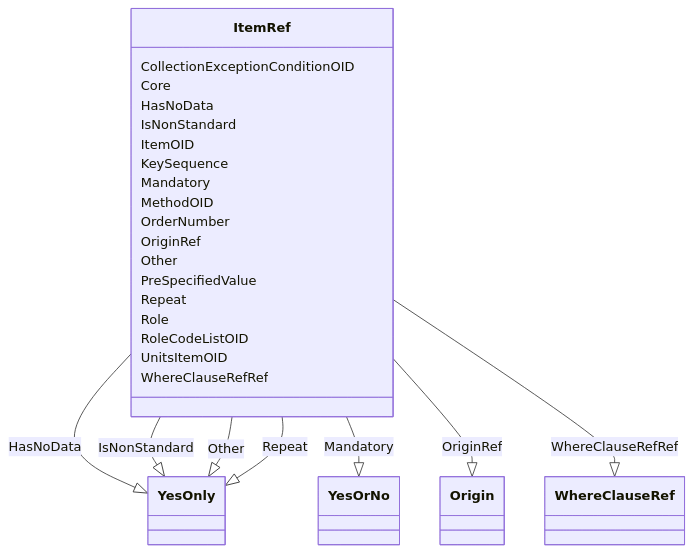
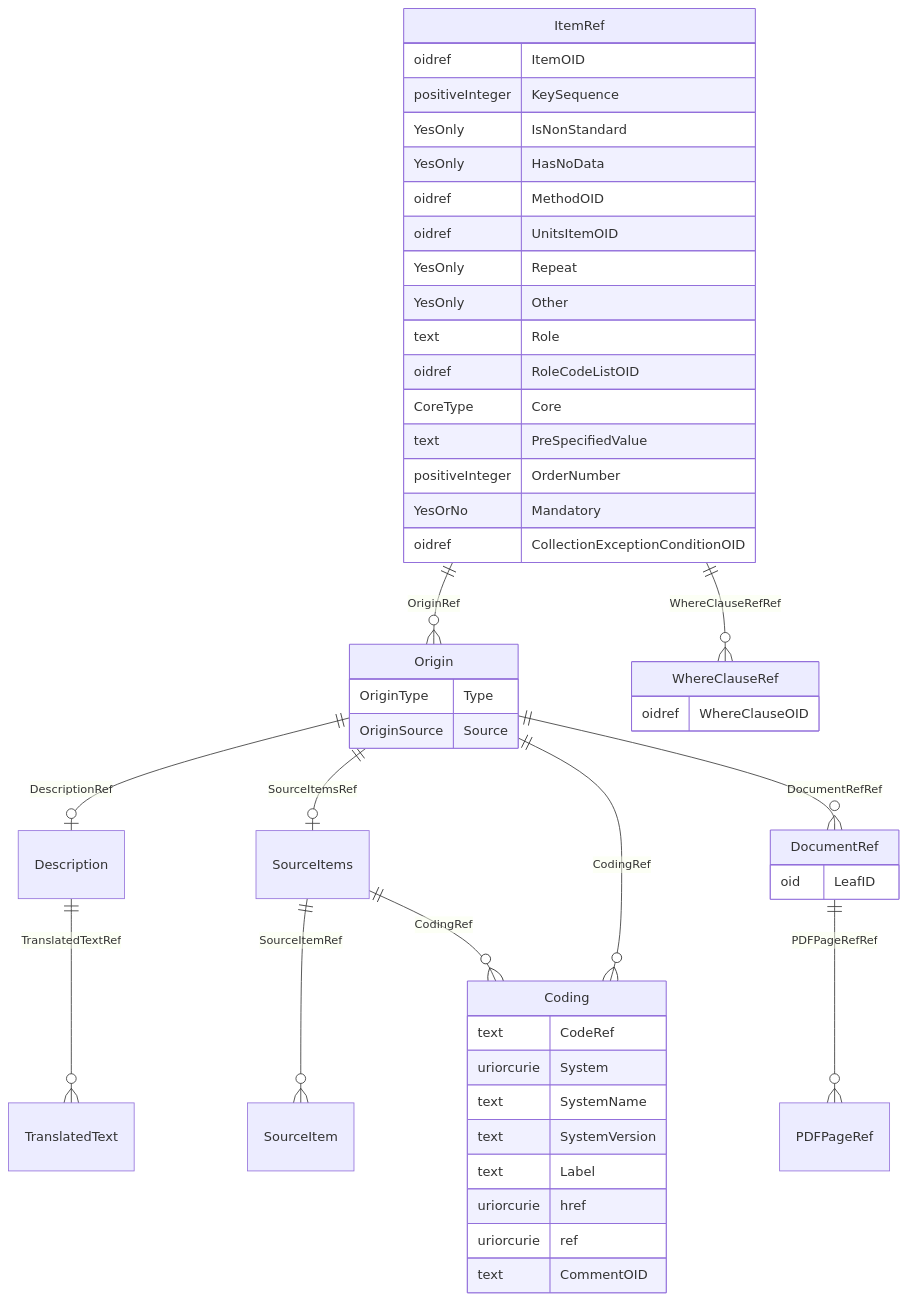
Before and after one commit to cdisc-org/DataExchange-ODM-LinkML: the diagram in docs/ItemRef.md, drawn with Mermaid. The commit also changed other lines of this file and 181 other files, not shown here.

Commit message:
ER diagrams working via templates and removing names with underscores

````diff
--- a/docs/ItemRef.md
+++ b/docs/ItemRef.md
@@ -14,53 +11,58 @@
 ```mermaid
- classDiagram
-    class ItemRef
-      ItemRef : CollectionExceptionConditionOID
-        
-      ItemRef : Core
-        
-      ItemRef : HasNoData
-        
-          ItemRef --|> YesOnly : HasNoData
-        
-      ItemRef : IsNonStandard
-        
-          ItemRef --|> YesOnly : IsNonStandard
-        
-      ItemRef : ItemOID
-        
-      ItemRef : KeySequence
-        
-      ItemRef : Mandatory
-        
-          ItemRef --|> YesOrNo : Mandatory
-        
-      ItemRef : MethodOID
-        
-      ItemRef : OrderNumber
-        
-      ItemRef : OriginRef
-        
-          ItemRef --|> Origin : OriginRef
-        
-      ItemRef : Other
-        
-          ItemRef --|> YesOnly : Other
-        
-      ItemRef : PreSpecifiedValue
-        
-      ItemRef : Repeat
-        
-          ItemRef --|> YesOnly : Repeat
-        
-      ItemRef : Role
-        
-      ItemRef : RoleCodeListOID
-        
-      ItemRef : UnitsItemOID
-        
-      ItemRef : WhereClauseRefRef
-        
-          ItemRef --|> WhereClauseRef : WhereClauseRefRef
-        
-      
+erDiagram
+ItemRef {
+    oidref ItemOID  
+    positiveInteger KeySequence  
+    YesOnly IsNonStandard  
+    YesOnly HasNoData  
+    oidref MethodOID  
+    oidref UnitsItemOID  
+    YesOnly Repeat  
+    YesOnly Other  
+    text Role  
+    oidref RoleCodeListOID  
+    CoreType Core  
+    text PreSpecifiedValue  
+    positiveInteger OrderNumber  
+    YesOrNo Mandatory  
+    oidref CollectionExceptionConditionOID  
+}
+WhereClauseRef {
+    oidref WhereClauseOID  
+}
+Origin {
+    OriginType Type  
+    OriginSource Source  
+}
+DocumentRef {
+    oid LeafID  
+}
+Coding {
+    text CodeRef  
+    uriorcurie System  
+    text SystemName  
+    text SystemVersion  
+    text Label  
+    uriorcurie href  
+    uriorcurie ref  
+    text CommentOID  
+}
+SourceItems {
+
+}
+Description {
+
+}
+
+ItemRef ||--}o Origin : "OriginRef"
+ItemRef ||--}o WhereClauseRef : "WhereClauseRefRef"
+Origin ||--|o Description : "DescriptionRef"
+Origin ||--|o SourceItems : "SourceItemsRef"
+Origin ||--}o Coding : "CodingRef"
+Origin ||--}o DocumentRef : "DocumentRefRef"
+DocumentRef ||--}o PDFPageRef : "PDFPageRefRef"
+SourceItems ||--}o SourceItem : "SourceItemRef"
+SourceItems ||--}o Coding : "CodingRef"
+Description ||--}o TranslatedText : "TranslatedTextRef"
+
 ```
````
